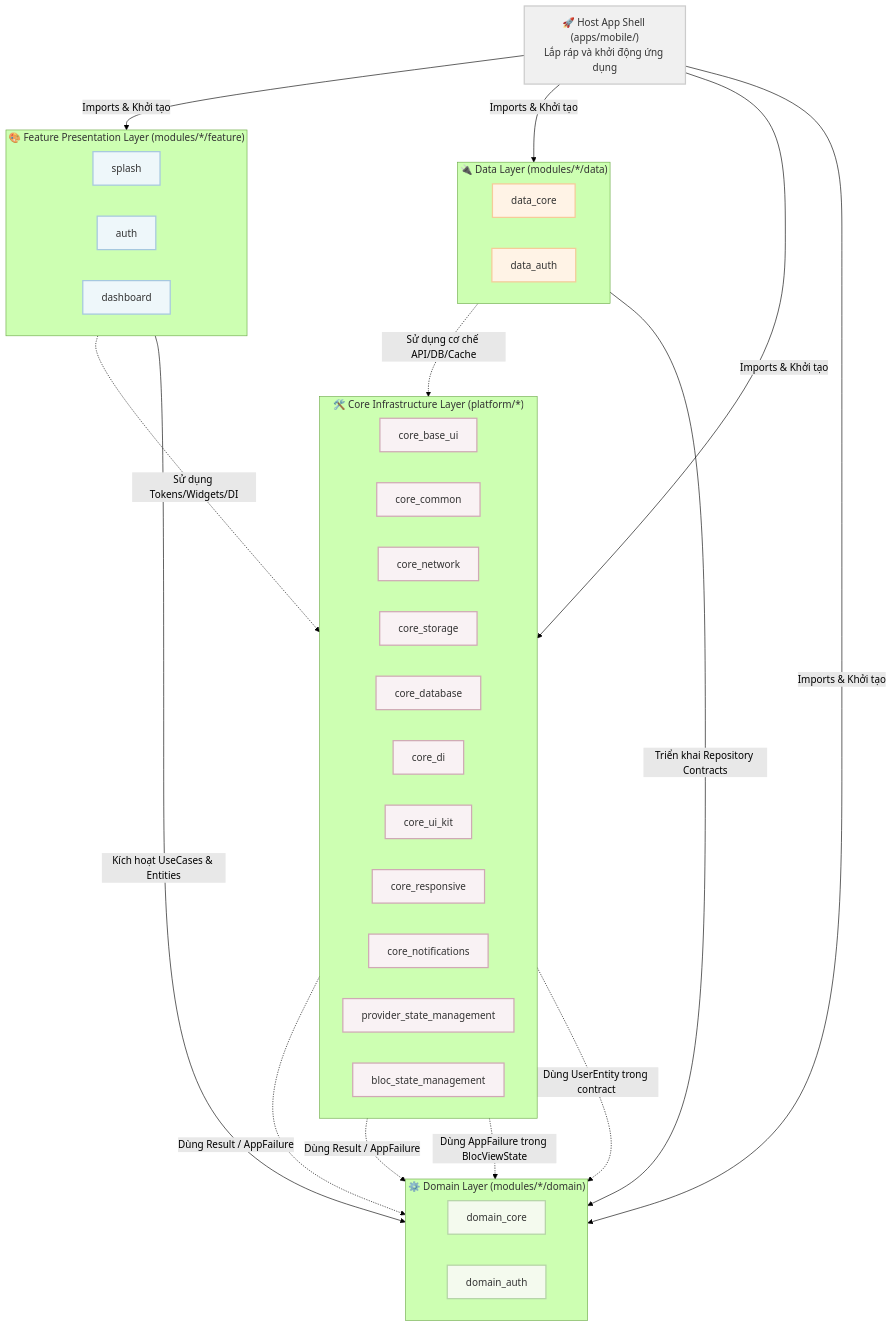
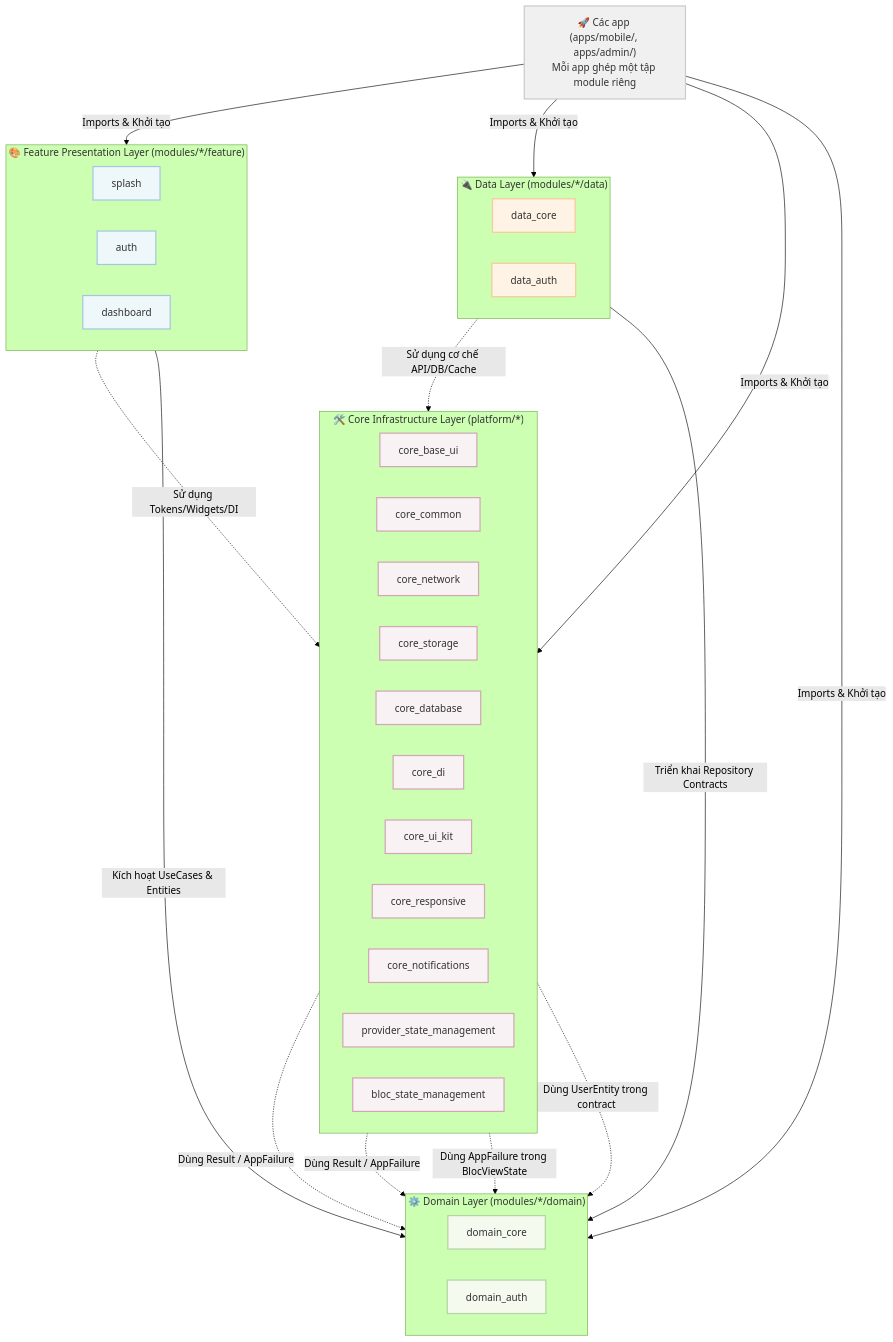
Before and after one commit to CaoGiaHieu-dev/flutter-monorepo-codebase: the diagram in README.vi.md, drawn with Mermaid (forest theme). The commit also changed other lines of this file and 29 other files, not shown here.

````diff
--- a/README.vi.md
+++ b/README.vi.md
@@ -18,63 +18,63 @@
 ```mermaid
 graph TD
     classDef core fill:#f9f2f4,stroke:#d0a9b5,stroke-width:2px,color:#333;
     classDef feature fill:#eef7fa,stroke:#a6c8df,stroke-width:2px,color:#333;
     classDef domain fill:#f4faee,stroke:#b5d4a6,stroke-width:2px,color:#333;
     classDef data fill:#fff3e6,stroke:#f5cb99,stroke-width:2px,color:#333;
     classDef app fill:#f0f0f0,stroke:#cccccc,stroke-width:2px,color:#333;
 
-    App["🚀 Host App Shell (apps/mobile/)<br/>Lắp ráp và khởi động ứng dụng"]:::app
+    App["🚀 Các app (apps/mobile/, apps/admin/)<br/>Mỗi app ghép một tập module riêng"]:::app
 
     subgraph FeatureLayer ["🎨 Feature Presentation Layer (modules/*/feature)"]
         direction LR
         FeatSplash["splash"]:::feature
         FeatAuth["auth"]:::feature
         FeatDash["dashboard"]:::feature
     end
 
     subgraph DataLayer ["🔌 Data Layer (modules/*/data)"]
         direction LR
         DataCore["data_core"]:::data
         DataAuth["data_auth"]:::data
     end
 
     subgraph DomainLayer ["⚙️ Domain Layer (modules/*/domain)"]
         direction LR
         DomCore["domain_core"]:::domain
         DomAuth["domain_auth"]:::domain
     end
 
     subgraph CoreLayer ["🛠️ Core Infrastructure Layer (platform/*)"]
         direction LR
         CoreUI["core_base_ui"]:::core
         CoreCom["core_common"]:::core
         CoreNet["core_network"]:::core
         CoreStore["core_storage"]:::core
         CoreDB["core_database"]:::core
         CoreDI["core_di"]:::core
         CoreKit["core_ui_kit"]:::core
         CoreResp["core_responsive"]:::core
         CoreNotif["core_notifications"]:::core
         CoreProv["provider_state_management"]:::core
         CoreBloc["bloc_state_management"]:::core
     end
 
     %% Cross-layer Relationships
     App -->|"Imports & Khởi tạo"| FeatureLayer
     App -->|"Imports & Khởi tạo"| DataLayer
     App -->|"Imports & Khởi tạo"| DomainLayer
     App -->|"Imports & Khởi tạo"| CoreLayer
 
     FeatureLayer -->|"Kích hoạt UseCases & Entities"| DomainLayer
     DataLayer -->|"Triển khai Repository Contracts"| DomainLayer
 
     FeatureLayer -.->|"Sử dụng Tokens/Widgets/DI"| CoreLayer
     DataLayer -.->|"Sử dụng cơ chế API/DB/Cache"| CoreLayer
 
     %% Domain nằm ở tâm và KHÔNG phụ thuộc gì cả.
     %% Core được phép phụ thuộc Domain — không bao giờ ngược lại.
     CoreCom -.->|"Dùng Result / AppFailure"| DomCore
     CoreProv -.->|"Dùng Result / AppFailure"| DomCore
     CoreBloc -.->|"Dùng AppFailure trong BlocViewState"| DomCore
     CoreDI -.->|"Dùng UserEntity trong contract"| DomAuth
 ```
````
